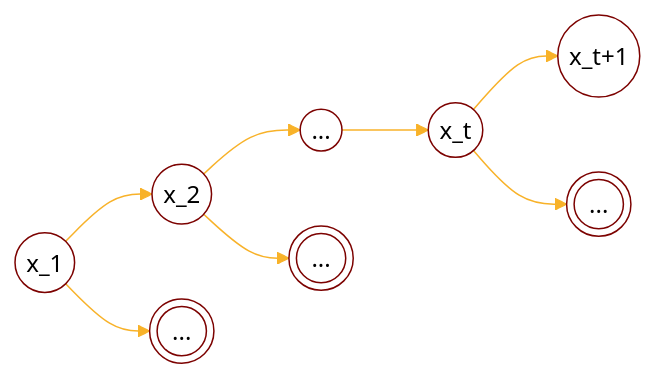
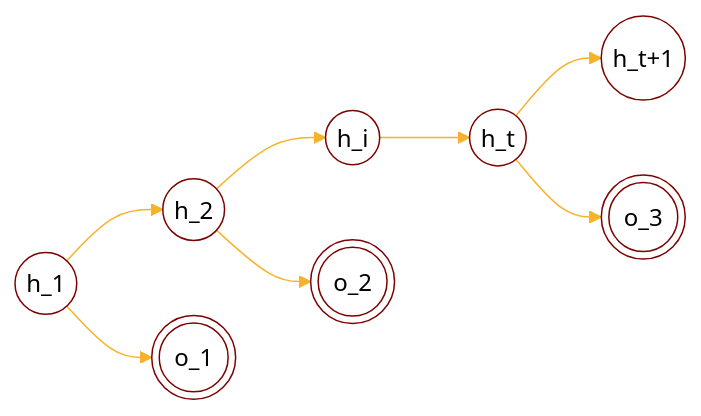
Before and after one commit to tirmisula/tirmisula.github.io: the first of 16 diagrams in content/posts/hidden-markov-model.md, drawn with Mermaid. The commit also changed other lines of this file, not shown here.

````diff
--- a/content/posts/hidden-markov-model.md
+++ b/content/posts/hidden-markov-model.md
@@ -111,23 +111,23 @@
 ```mermaid
 %%{
   init: {
     'theme': 'base',
     'themeVariables': {
       'primaryColor': 'white',
       'primaryTextColor': '#000',
       'primaryBorderColor': '#7C0200',
       'lineColor': '#F8B229',
       'secondaryColor': 'red',
       'tertiaryColor': '#fff'
     }
   }
 }%%
 flowchart LR
-    id1((x_1)) --> id2((x_2))
-    id2((x_2)) --> id3((...))
-    id3((...)) --> id4((x_t))
-    id4((x_t)) --> id5((x_t+1))
-    id1((x_1)) --> id6(((...)))
-    id2((x_2)) --> id7(((...)))
-    id4((x_t)) --> id8(((...)))
+    id1((h_1)) --> id2((h_2))
+    id2((h_2)) --> id3((h_i))
+    id3((h_i)) --> id4((h_t))
+    id4((h_t)) --> id5((h_t+1))
+    id1((h_1)) --> id6(((o_1)))
+    id2((h_2)) --> id7(((o_2)))
+    id4((h_t)) --> id8(((o_3)))
 ```
````
